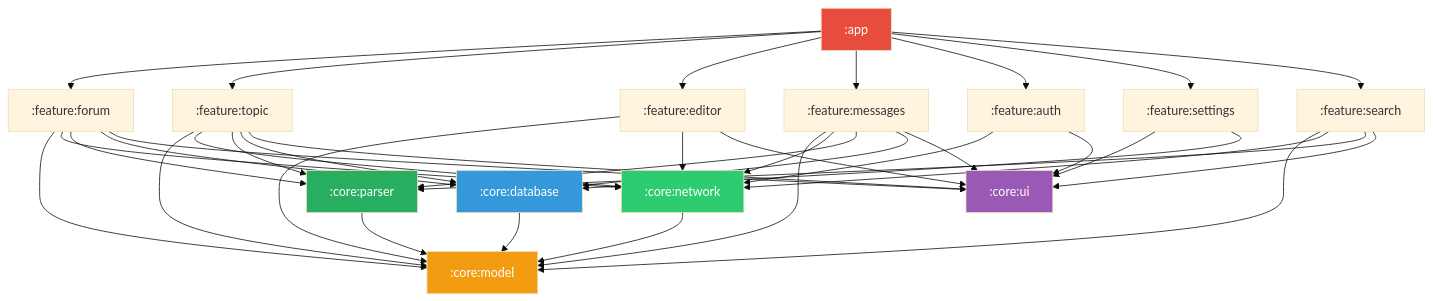
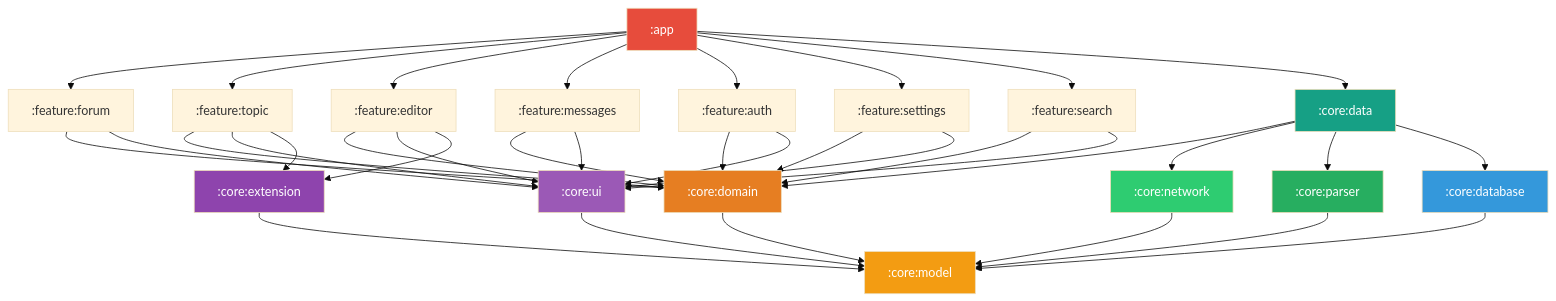
One commit to ForumHFR/redface2 changed the second of 3 diagrams in docs/architecture.md. Above: the diagram before and after it, drawn with Mermaid (base theme). The commit also changed other lines of this file and 1 other file, not shown here.

First line of the commit message:
feat(spec): add domain/data/extension modules — enforce 3-layer architecture

````diff
--- a/docs/architecture.md
+++ b/docs/architecture.md
@@ -50,54 +54,57 @@
 ```mermaid
 graph TB
     APP[":app"] --> FF[":feature:forum"]
     APP --> FT[":feature:topic"]
     APP --> FE[":feature:editor"]
     APP --> FM[":feature:messages"]
     APP --> FA[":feature:auth"]
     APP --> FS[":feature:settings"]
     APP --> FSR[":feature:search"]
+    APP --> CDATA[":core:data"]
 
-    FF --> CM[":core:model"]
-    FF --> CN[":core:network"]
-    FF --> CP[":core:parser"]
-    FF --> CD[":core:database"]
+    FF --> CDOM[":core:domain"]
     FF --> CU[":core:ui"]
 
-    FT --> CM
-    FT --> CN
-    FT --> CP
-    FT --> CD
+    FT --> CDOM
     FT --> CU
+    FT --> CEXT[":core:extension"]
 
-    FE --> CM
-    FE --> CN
+    FE --> CDOM
     FE --> CU
+    FE --> CEXT
 
-    FM --> CM
-    FM --> CN
-    FM --> CP
-    FM --> CD
+    FM --> CDOM
     FM --> CU
 
-    FA --> CN
+    FA --> CDOM
     FA --> CU
 
+    FS --> CDOM
     FS --> CU
-    FS --> CD
 
-    FSR --> CM
-    FSR --> CN
-    FSR --> CP
+    FSR --> CDOM
     FSR --> CU
+
+    CDOM --> CM[":core:model"]
+    CEXT --> CM
+    CU --> CM
+
+    CDATA --> CDOM
+    CDATA --> CN[":core:network"]
+    CDATA --> CP[":core:parser"]
+    CDATA --> CD[":core:database"]
 
     CN --> CM
     CP --> CM
     CD --> CM
 
     style APP fill:#e74c3c,color:#fff
     style CM fill:#f39c12,color:#fff
+    style CDOM fill:#e67e22,color:#fff
+    style CDATA fill:#16a085,color:#fff
     style CN fill:#2ecc71,color:#fff
     style CP fill:#27ae60,color:#fff
     style CD fill:#3498db,color:#fff
     style CU fill:#9b59b6,color:#fff
+    style CEXT fill:#8e44ad,color:#fff
 ```
````
